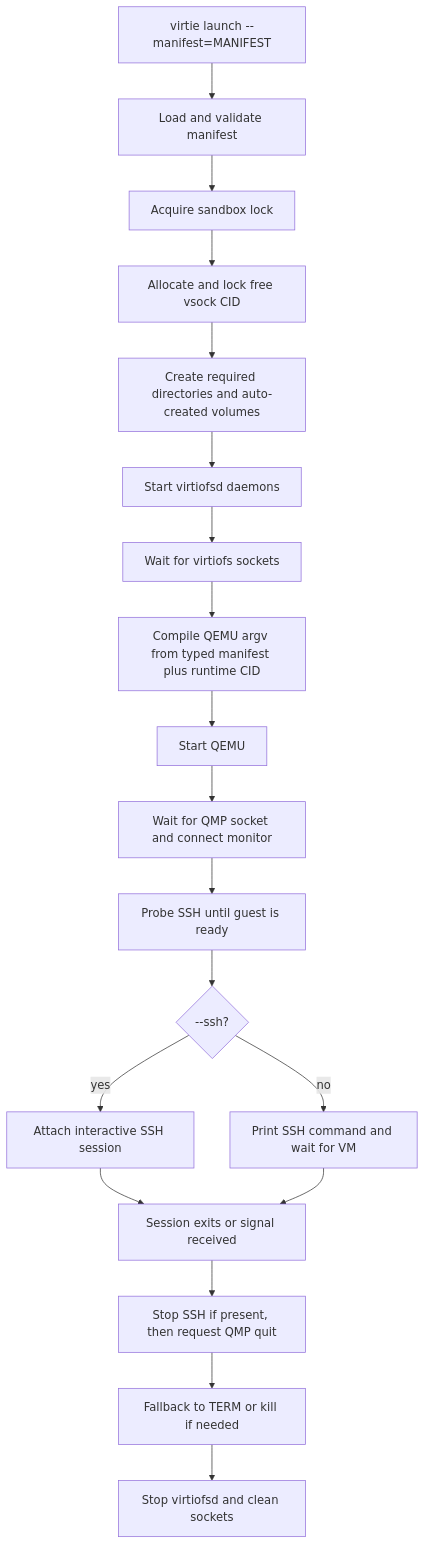
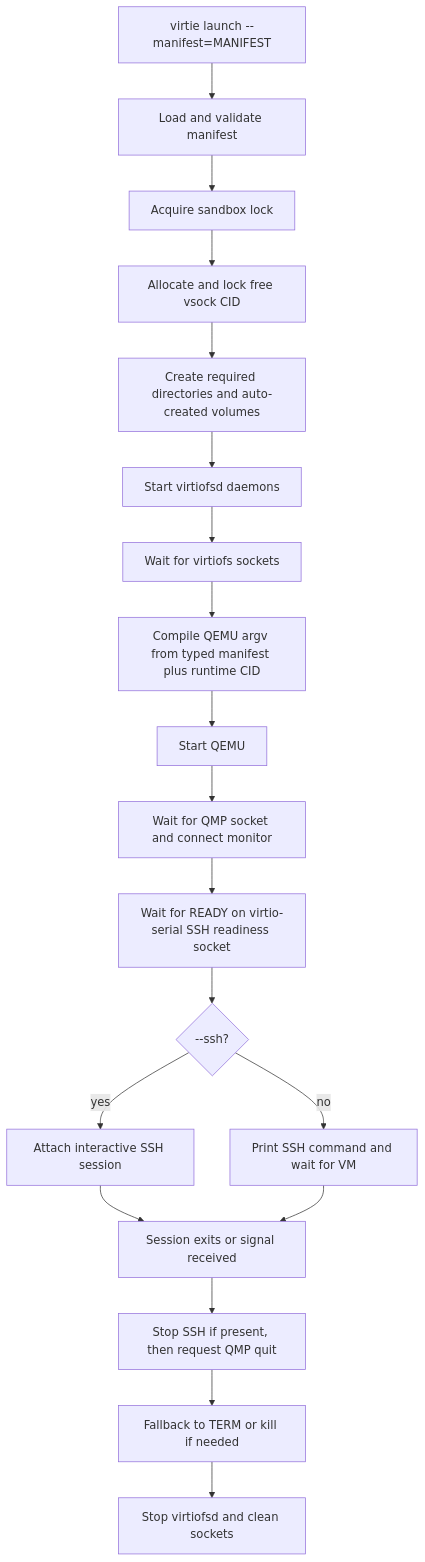
Before and after one commit to shazow/agentspace: the diagram in .specs/virtie.md, drawn with Mermaid. The commit also changed other lines of this file and 13 other files, not shown here.

First line of the commit message:
virtie: Add virtio-serial SSH readiness

````diff
--- a/.specs/virtie.md
+++ b/.specs/virtie.md
@@ -131,21 +133,21 @@
 ```mermaid
 flowchart TD
   A[virtie launch --manifest=MANIFEST] --> B[Load and validate manifest]
   B --> C[Acquire sandbox lock]
   C --> D[Allocate and lock free vsock CID]
   D --> E[Create required directories and auto-created volumes]
   E --> F[Start virtiofsd daemons]
   F --> G[Wait for virtiofs sockets]
   G --> H[Compile QEMU argv from typed manifest plus runtime CID]
   H --> I[Start QEMU]
   I --> J[Wait for QMP socket and connect monitor]
-  J --> K[Probe SSH until guest is ready]
+  J --> K[Wait for READY on virtio-serial SSH readiness socket]
   K --> L{--ssh?}
   L -->|yes| M[Attach interactive SSH session]
   L -->|no| N[Print SSH command and wait for VM]
   M --> O[Session exits or signal received]
   N --> O
   O --> P[Stop SSH if present, then request QMP quit]
   P --> Q[Fallback to TERM or kill if needed]
   Q --> R[Stop virtiofsd and clean sockets]
 ```
````
